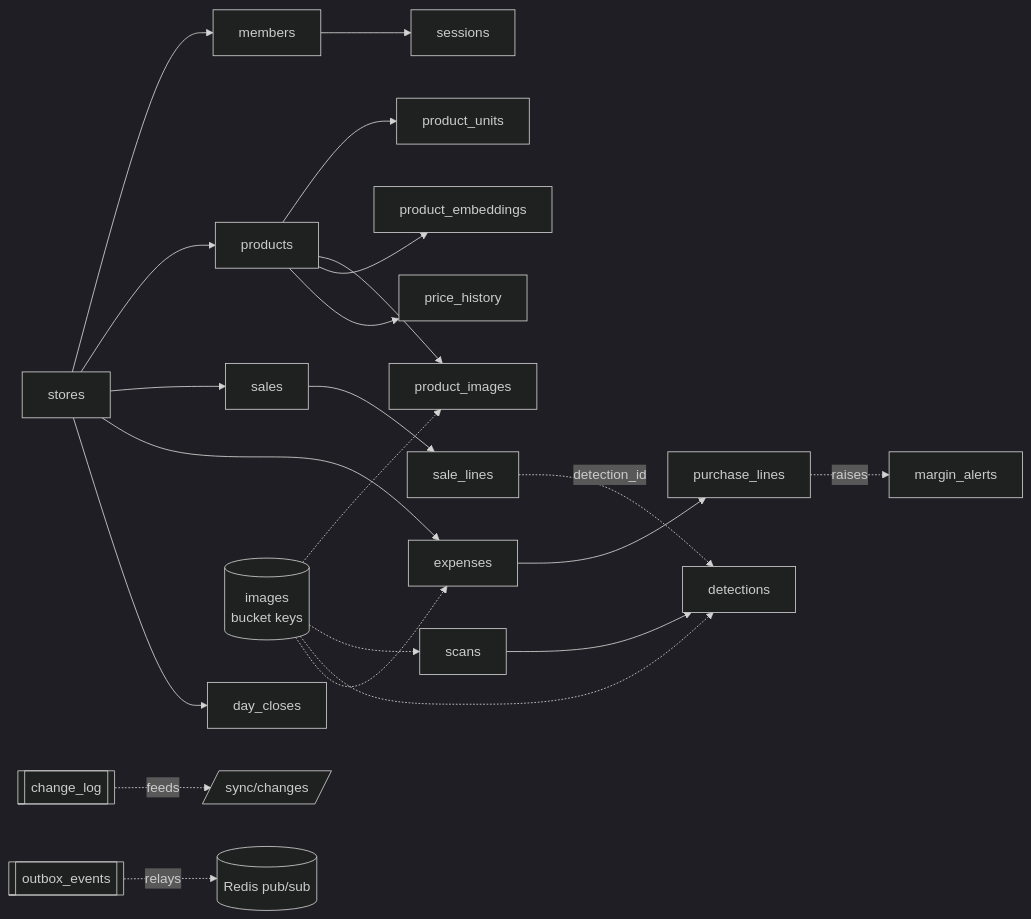
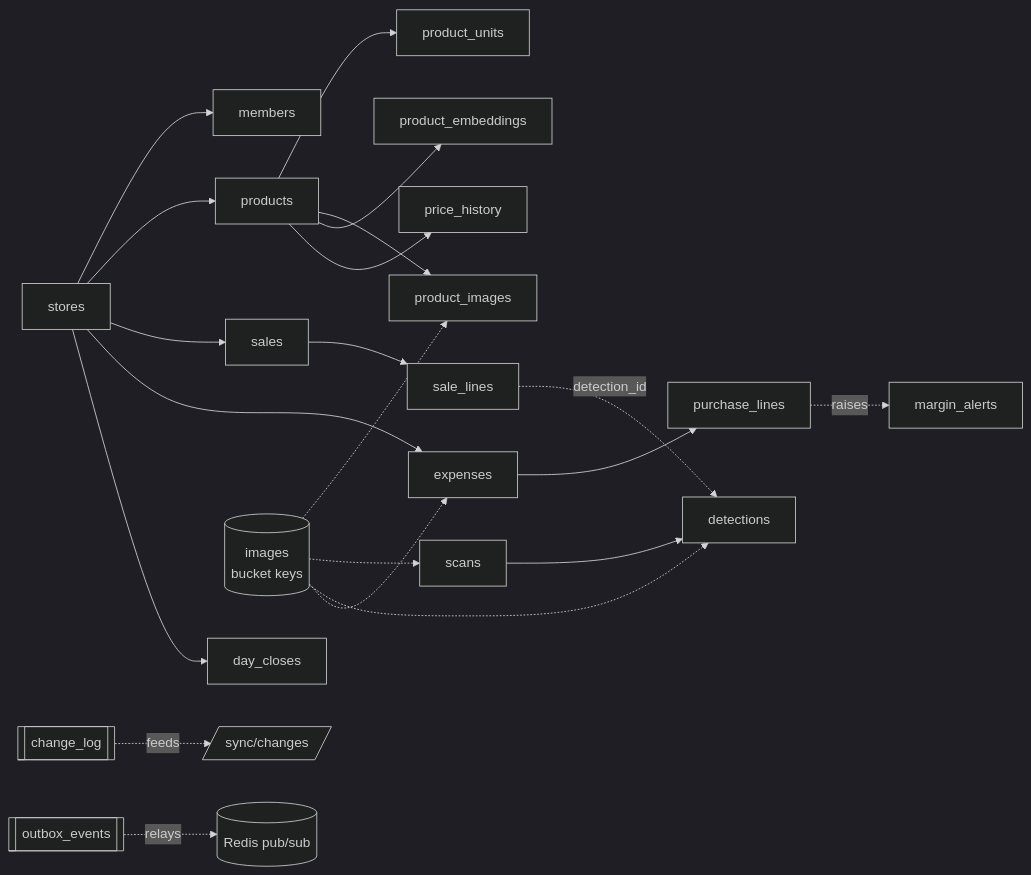
Before and after one commit to datamonsterr/taphoa-mini: the seventh of 16 diagrams in docs/architecture.md, drawn with Mermaid (dark theme). The commit also changed other lines of this file and 2 other files, not shown here.

First line of the commit message:
docs: clerk identity in architecture

````diff
--- a/docs/architecture.md
+++ b/docs/architecture.md
@@ -412,14 +421,13 @@
 ```mermaid
 flowchart LR
     store[stores] --> members & products & sales & expenses & day_closes
-    members --> sessions
     products --> product_units & product_images & product_embeddings & price_history
     scans --> detections
     sales --> sale_lines
     sale_lines -. detection_id .-> detections
     expenses --> purchase_lines
     purchase_lines -. raises .-> margin_alerts
     images[(images<br/>bucket keys)] -.-> product_images & scans & detections & expenses
     change_log[[change_log]] -. feeds .-> sync[/sync/changes/]
     outbox[[outbox_events]] -. relays .-> redis[(Redis pub/sub)]
 ```
````
